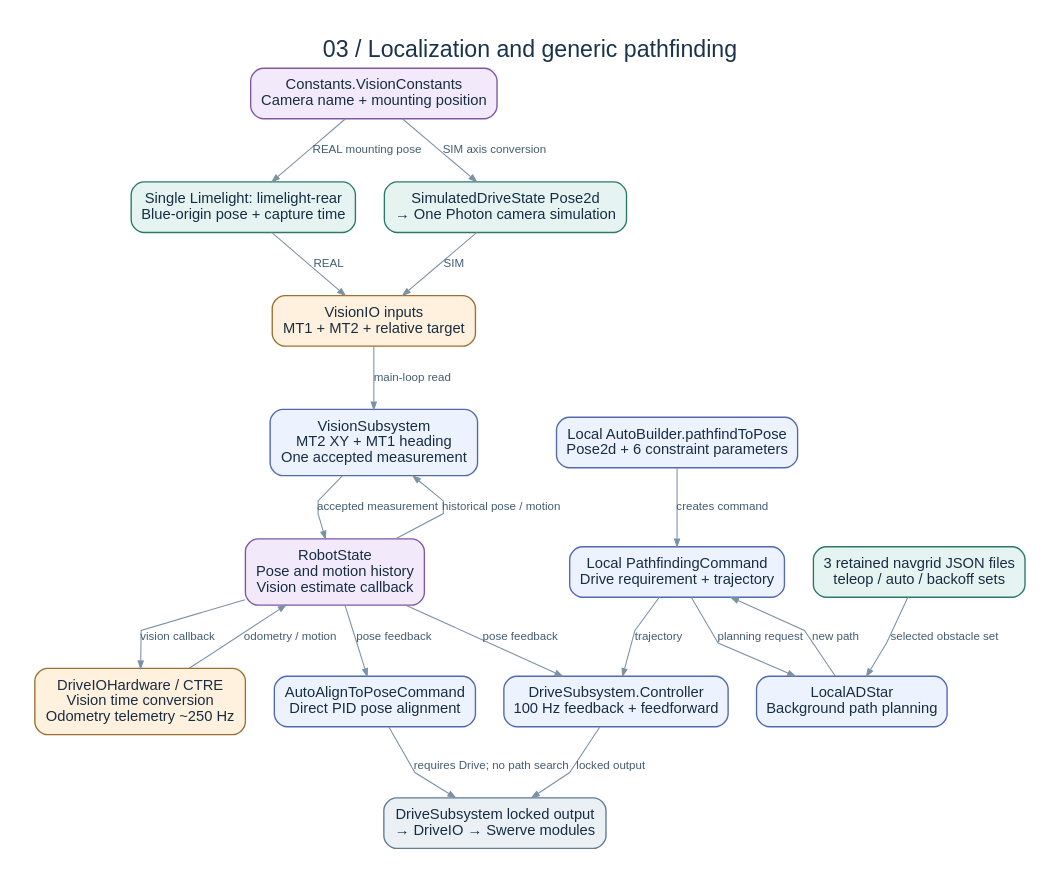
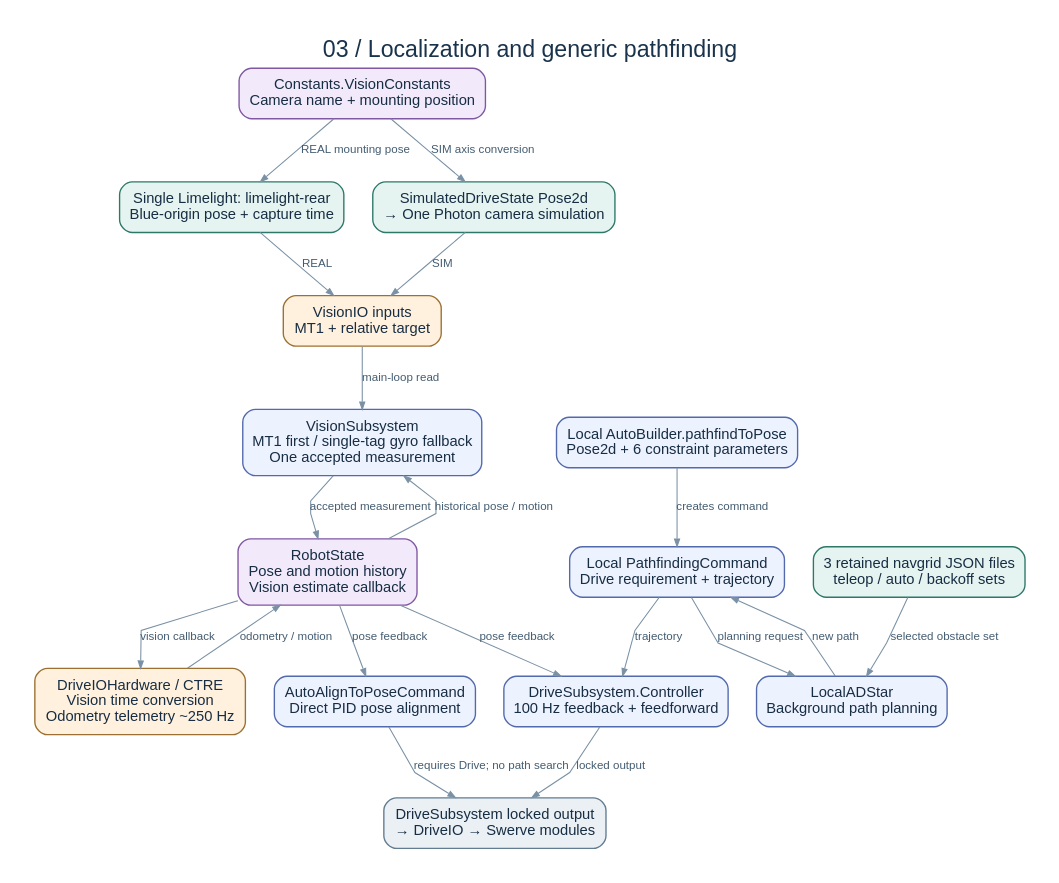
One commit to PepsiLee/FRC-2026-Systemcore-Public-main changed the diagram in docs/drive-vision/diagrams/03-localization-and-paths.dot. Above: the diagram before and after it, drawn with Graphviz. The commit also changed 23 other files, not shown here.

Commit message:
Adopt  MT1 localization with single-tag gyro fallback

```diff
--- a/docs/drive-vision/diagrams/03-localization-and-paths.dot
+++ b/docs/drive-vision/diagrams/03-localization-and-paths.dot
@@ -1,37 +1,37 @@
 digraph G {
 graph [rankdir=TB, bgcolor="white", pad=0.35, nodesep=0.38, ranksep=0.65, splines=polyline, fontname="Arial", fontsize=22, fontcolor="#19334c", label="03 / Localization and generic pathfinding", labelloc=t];
 node [shape=box, style="rounded,filled", fontname="Arial", fontsize=14, margin="0.16,0.12", penwidth=1.3, fontcolor="#172d43"];
 edge [fontname="Arial", fontsize=11, color="#7a91a5", fontcolor="#435c71", arrowsize=0.7];
 mount [label="Constants.VisionConstants\nCamera name + mounting position", fillcolor="#f2eafb", color="#8057a2"];
 cameras [label="Single Limelight: limelight-rear\nBlue-origin pose + capture time", fillcolor="#e5f4f0", color="#2d7868"];
 sim [label="SimulatedDriveState Pose2d\n→ One Photon camera simulation", fillcolor="#e5f4f0", color="#2d7868"];
-visionio [label="VisionIO inputs\nMT1 + MT2 + relative target", fillcolor="#fff1dd", color="#9c7032"];
-vision [label="VisionSubsystem\nMT2 XY + MT1 heading\nOne accepted measurement", fillcolor="#edf2ff", color="#5269ad"];
+visionio [label="VisionIO inputs\nMT1 + relative target", fillcolor="#fff1dd", color="#9c7032"];
+vision [label="VisionSubsystem\nMT1 first / single-tag gyro fallback\nOne accepted measurement", fillcolor="#edf2ff", color="#5269ad"];
 state [label="RobotState\nPose and motion history\nVision estimate callback", fillcolor="#f2eafb", color="#8057a2"];
 ctre [label="DriveIOHardware / CTRE\nVision time conversion\nOdometry telemetry ~250 Hz", fillcolor="#fff1dd", color="#9c7032"];
 api [label="Local AutoBuilder.pathfindToPose\nPose2d + 6 constraint parameters", fillcolor="#edf2ff", color="#5269ad"];
 grid [label="3 retained navgrid JSON files\nteleop / auto / backoff sets", fillcolor="#e5f4f0", color="#2d7868"];
 planner [label="LocalADStar\nBackground path planning", fillcolor="#edf2ff", color="#5269ad"];
 command [label="Local PathfindingCommand\nDrive requirement + trajectory", fillcolor="#edf2ff", color="#5269ad"];
 controller [label="DriveSubsystem.Controller\n100 Hz feedback + feedforward", fillcolor="#edf2ff", color="#5269ad"];
 align [label="AutoAlignToPoseCommand\nDirect PID pose alignment", fillcolor="#edf2ff", color="#5269ad"];
 output [label="DriveSubsystem locked output\n→ DriveIO → Swerve modules", fillcolor="#eaf0f4", color="#627c91"];
 mount -> cameras [label="REAL mounting pose"];
 mount -> sim [label="SIM axis conversion"];
 cameras -> visionio [label="REAL"];
 sim -> visionio [label="SIM"];
 visionio -> vision [label="main-loop read"];
 state -> vision [label="historical pose / motion"];
 vision -> state [label="accepted measurement"];
 state -> ctre [label="vision callback"];
 ctre -> state [label="odometry / motion"];
 grid -> planner [label="selected obstacle set"];
 api -> command [label="creates command"];
 command -> planner [label="planning request"];
 planner -> command [label="new path"];
 command -> controller [label="trajectory"];
 state -> controller [label="pose feedback"];
 controller -> output [label="locked output"];
 state -> align [label="pose feedback"];
 align -> output [label="requires Drive; no path search"];
 }
```
